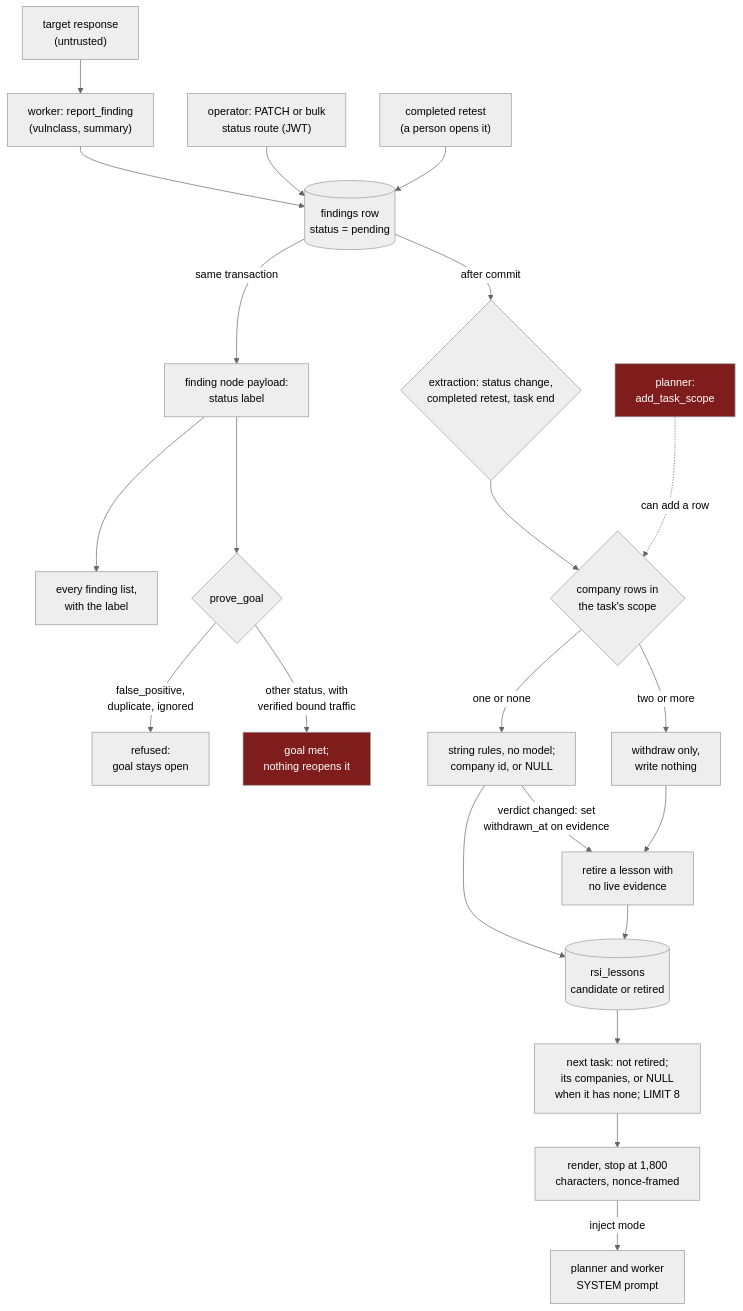
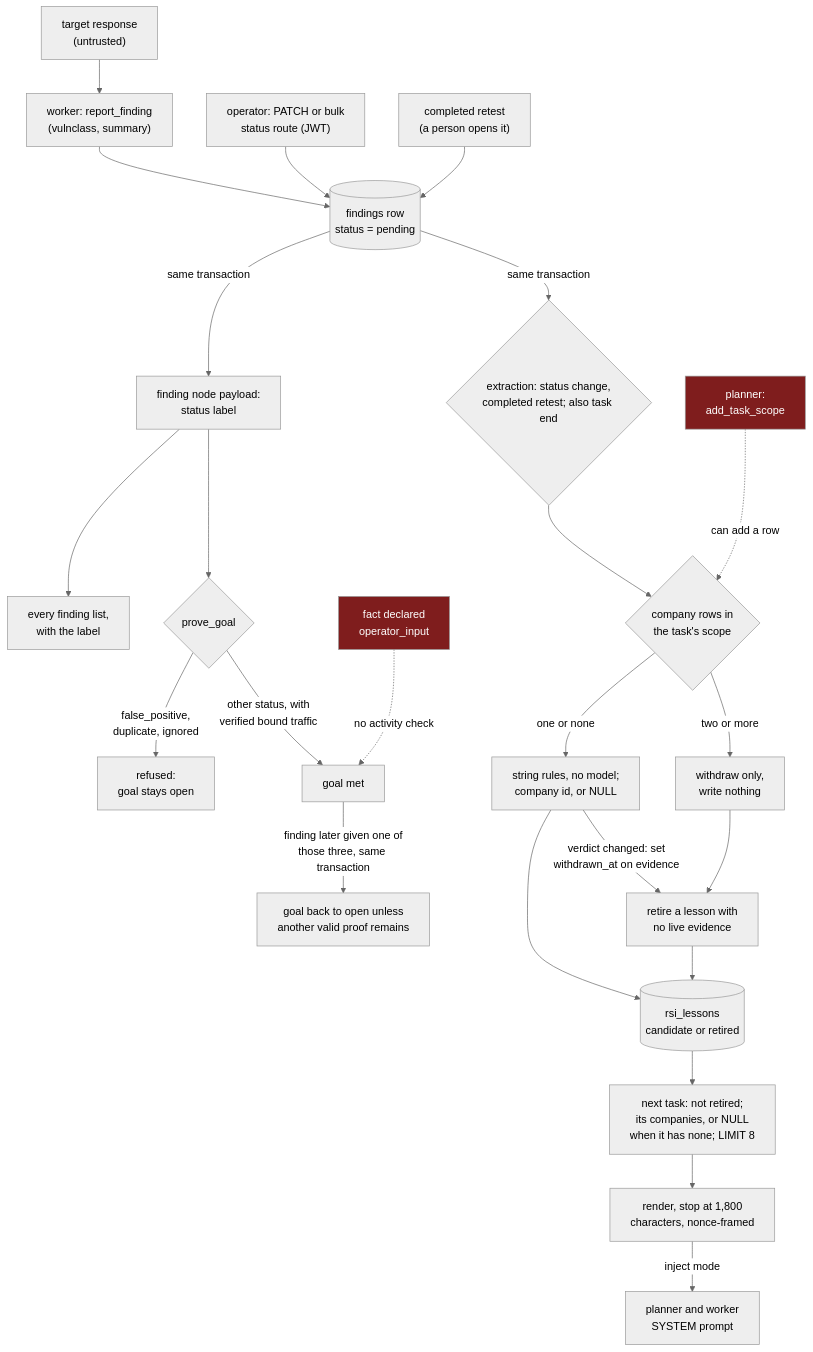
The diagram in content/systems/artex.md (neoneye/agent-memory-atlas), drawn with Mermaid (neutral theme) before and after one commit. The commit also changed other lines of this file and 14 other files, not shown here.

````diff
--- a/content/systems/artex.md
+++ b/content/systems/artex.md
@@ -99,27 +106,29 @@
 ```mermaid
-%% caption: a finding's disposition is copied onto the node agents read, refused as goal proof when false positive, and gates which lesson a string rule builds; a changed disposition marks the lesson's evidence withdrawn and retires it at zero live rows, and the selection serves unretired lessons of the task's companies, or company-less lessons to a company-less task, inside a nonce frame
+%% caption: a finding's disposition is copied onto the node agents read, refused as goal proof when false positive, and gates which lesson a string rule builds; a changed disposition, in one transaction, reopens a goal the finding had proved, marks the lesson's evidence withdrawn and retires the lesson at zero live rows; the selection serves unretired lessons of the task's companies, or company-less lessons to a company-less task, inside a nonce frame
 flowchart TD
     T["target response<br/>(untrusted)"] --> W["worker: report_finding<br/>(vulnclass, summary)"]
     W --> F[("findings row<br/>status = pending")]
     OP["operator: PATCH or bulk<br/>status route (JWT)"] --> F
     RT["completed retest<br/>(a person opens it)"] --> F
     F -->|"same transaction"| N["finding node payload:<br/>status label"]
     N --> LF["every finding list,<br/>with the label"]
     N --> PG{"prove_goal"}
     PG -->|"false_positive,<br/>duplicate, ignored"| REF["refused:<br/>goal stays open"]
-    PG -->|"other status, with<br/>verified bound traffic"| MET["goal met;<br/>nothing reopens it"]
-    F -->|"after commit"| X{"extraction: status change,<br/>completed retest, task end"}
+    PG -->|"other status, with<br/>verified bound traffic"| MET["goal met"]
+    MET -->|"finding later given one of<br/>those three, same transaction"| RO2["goal back to open unless<br/>another valid proof remains"]
+    FA["fact declared<br/>operator_input"] -.->|"no activity check"| MET
+    F -->|"same transaction"| X{"extraction: status change,<br/>completed retest; also task end"}
     X --> MC{"company rows in<br/>the task's scope"}
     PL["planner:<br/>add_task_scope"] -.->|"can add a row"| MC
     MC -->|"two or more"| RO["withdraw only,<br/>write nothing"]
     MC -->|"one or none"| EX["string rules, no model;<br/>company id, or NULL"]
     EX --> L[("rsi_lessons<br/>candidate or retired")]
     EX -->|"verdict changed: set<br/>withdrawn_at on evidence"| RET["retire a lesson with<br/>no live evidence"]
     RO --> RET
     RET --> L
     L --> SEL["next task: not retired;<br/>its companies, or NULL<br/>when it has none; LIMIT 8"]
     SEL --> R["render, stop at 1,800<br/>characters, nonce-framed"]
     R -->|"inject mode"| SYS["planner and worker<br/>SYSTEM prompt"]
-    style MET fill:#7f1d1d,color:#fff
+    style FA fill:#7f1d1d,color:#fff
     style PL fill:#7f1d1d,color:#fff
 ```
````
